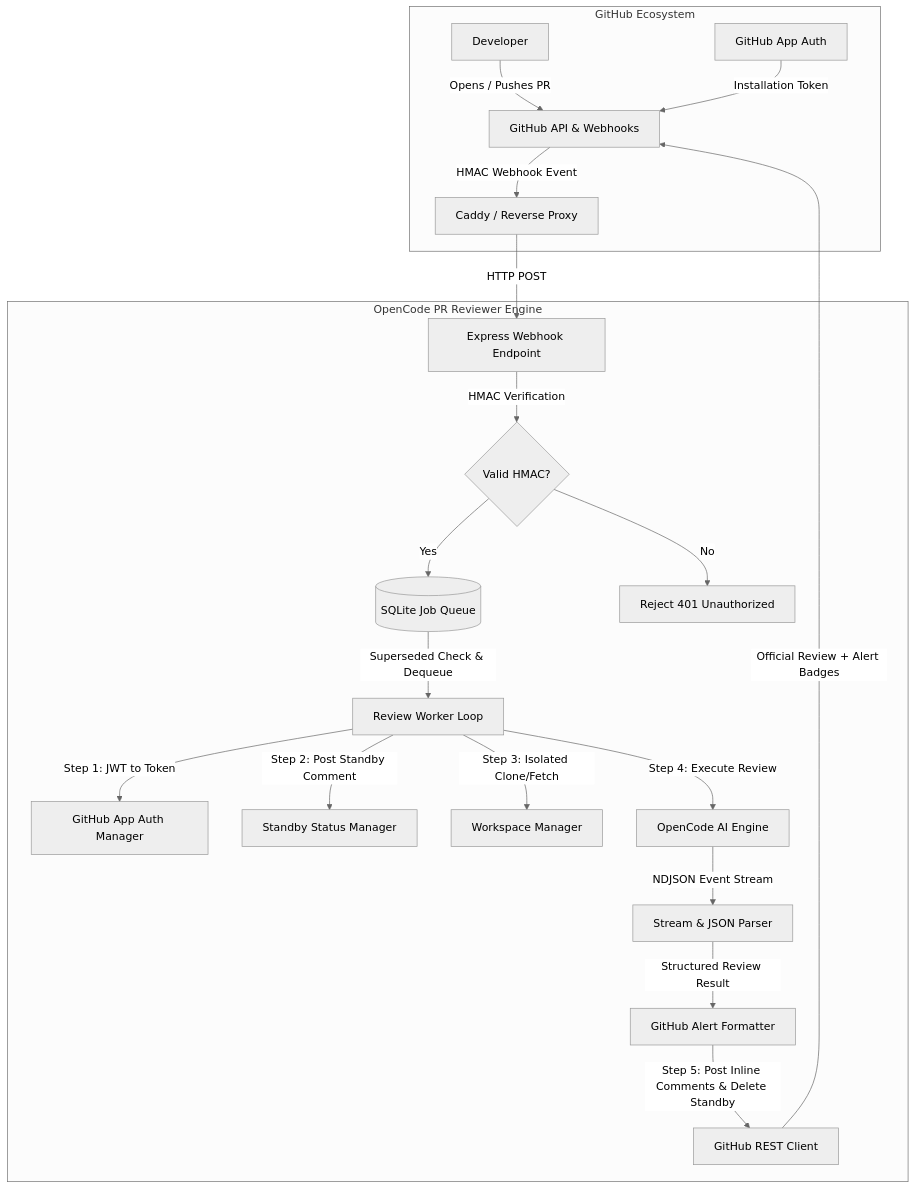
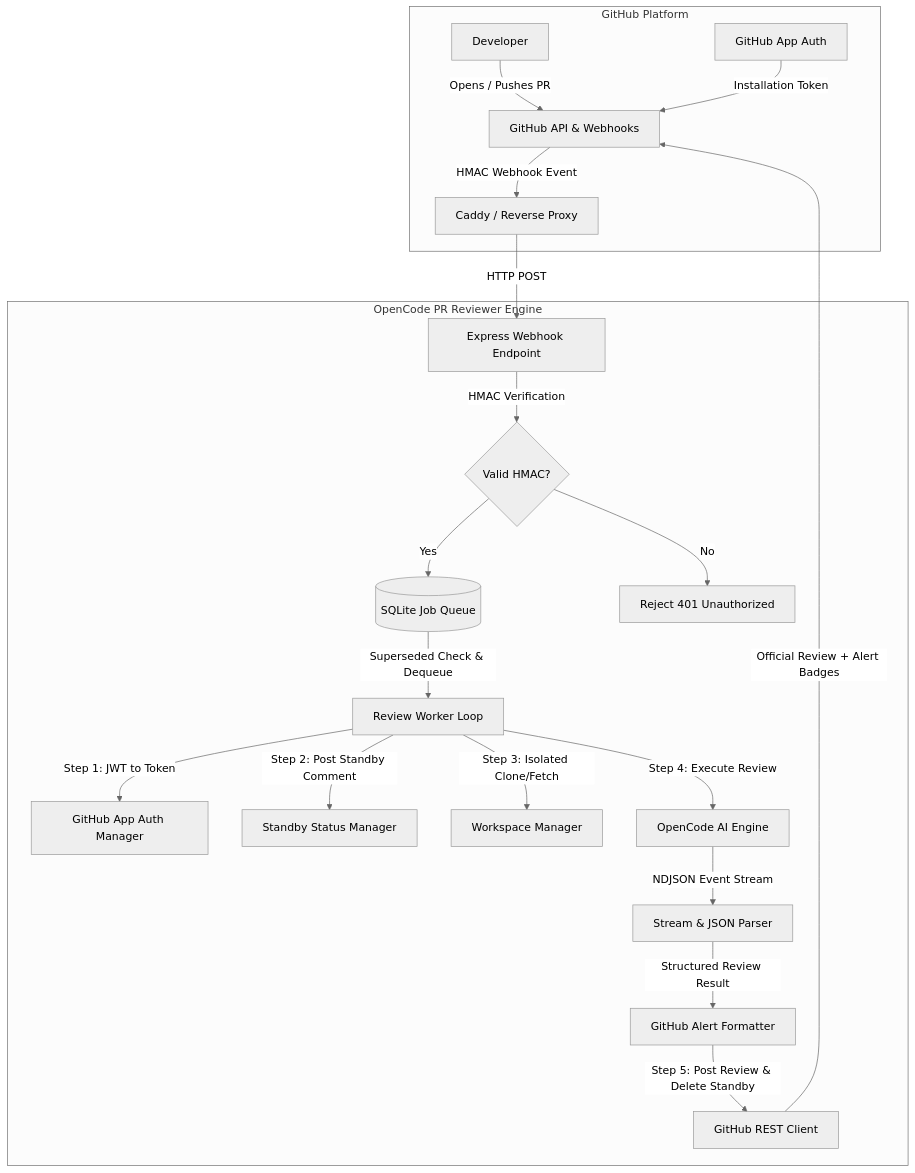
The first of 2 diagrams in docs/architecture-and-workflow.md (ardiannurcahya/opencode-pr-review), drawn with Mermaid (neutral theme) before and after one commit. The commit also changed other lines of this file and 4 other files, not shown here.

````diff
--- a/docs/architecture-and-workflow.md
+++ b/docs/architecture-and-workflow.md
@@ -9,29 +9,29 @@
 ```mermaid
 flowchart TD
-    subgraph GitHub["GitHub Ecosystem"]
+    subgraph GitHub["GitHub Platform"]
         Dev[Developer] -->|Opens / Pushes PR| GH[GitHub API & Webhooks]
         GH -->|HMAC Webhook Event| Caddy[Caddy / Reverse Proxy]
         AppToken[GitHub App Auth] -->|Installation Token| GH
     end
 
     subgraph Service["OpenCode PR Reviewer Engine"]
         Caddy -->|HTTP POST| WebhookServer[Express Webhook Endpoint]
         WebhookServer -->|HMAC Verification| SignatureValidator{Valid HMAC?}
         SignatureValidator -->|Yes| JobQueueDB[(SQLite Job Queue)]
         SignatureValidator -->|No| Reject[Reject 401 Unauthorized]
 
         JobQueueDB -->|Superseded Check & Dequeue| Worker[Review Worker Loop]
 
         Worker -->|Step 1: JWT to Token| TokenManager[GitHub App Auth Manager]
         Worker -->|Step 2: Post Standby Comment| StandbyHelper[Standby Status Manager]
         Worker -->|Step 3: Isolated Clone/Fetch| GitWorkspace[Workspace Manager]
         Worker -->|Step 4: Execute Review| OpenCodeEngine[OpenCode AI Engine]
         
         OpenCodeEngine -->|NDJSON Event Stream| StreamParser[Stream & JSON Parser]
         StreamParser -->|Structured Review Result| Formatter[GitHub Alert Formatter]
 
-        Formatter -->|Step 5: Post Inline Comments & Delete Standby| ReviewPoster[GitHub REST Client]
+        Formatter -->|Step 5: Post Review & Delete Standby| ReviewPoster[GitHub REST Client]
     end
 
     ReviewPoster -->|Official Review + Alert Badges| GH
 ```
````
